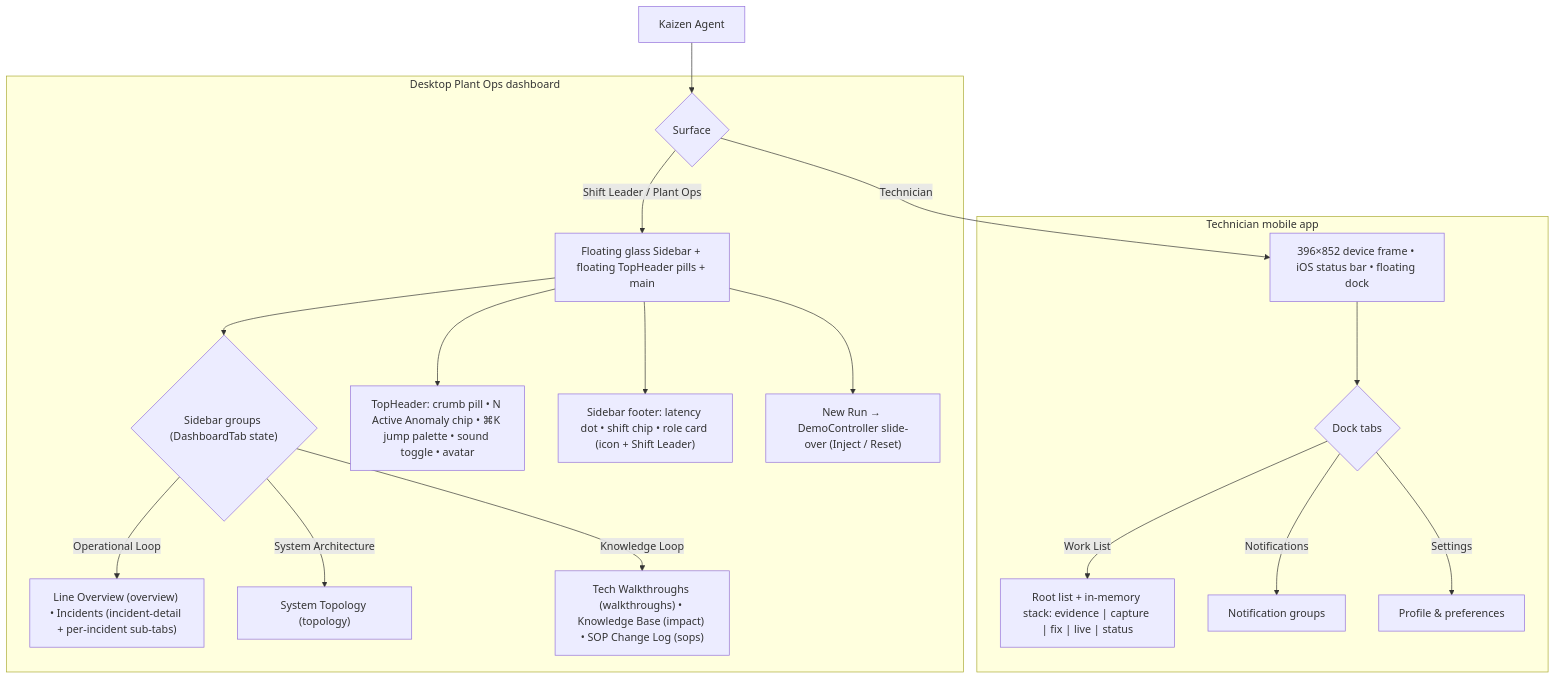
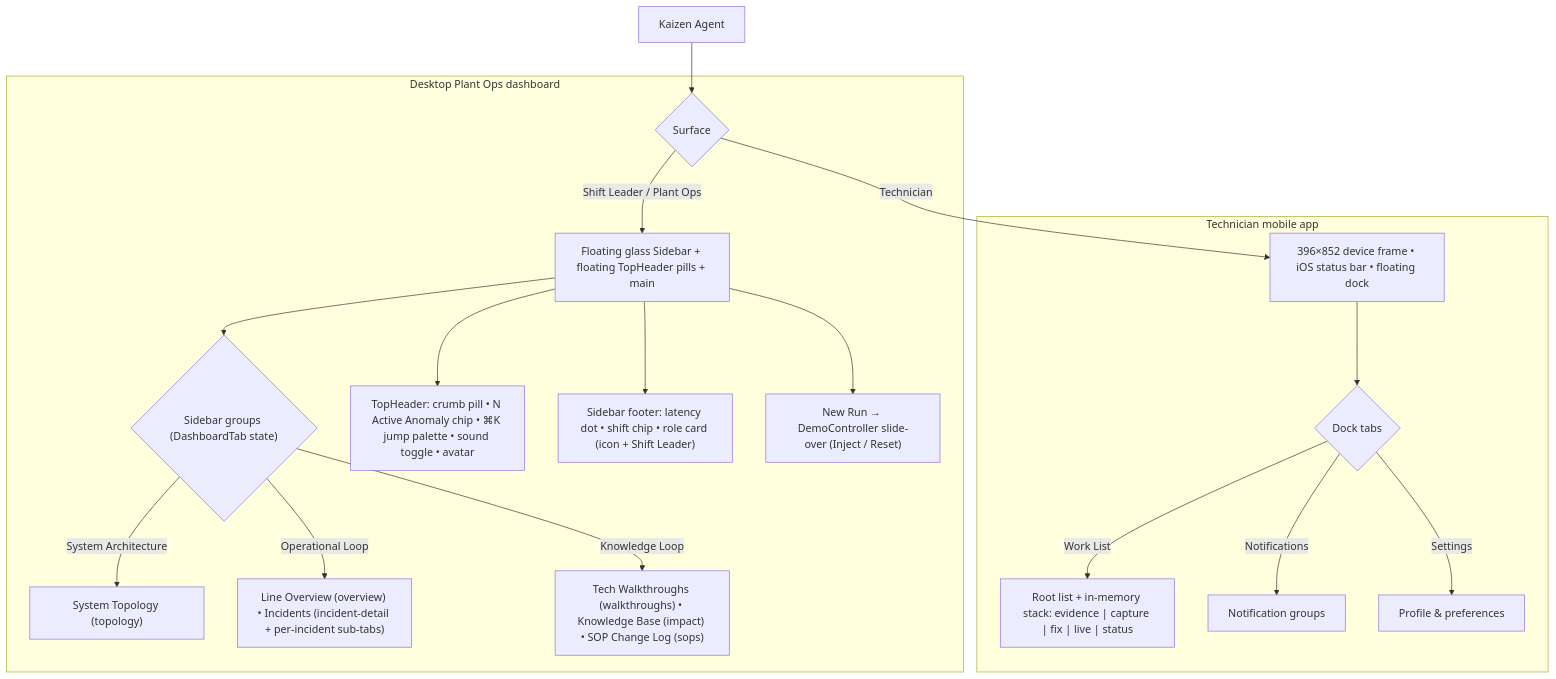
One commit to vanduc2514/hackathon-builder-cup-manufacturing-anomaly changed the diagram in docs/wireframes/00_base_layout.md. Above: the diagram before and after it, drawn with Mermaid. The commit also changed other lines of this file and 3 other files, not shown here.

Commit message:
feat(navigation): reposition System Architecture to top-most sidebar section (TKT-045)

````diff
--- a/docs/wireframes/00_base_layout.md
+++ b/docs/wireframes/00_base_layout.md
@@ -20,23 +20,23 @@
 ```mermaid
 flowchart TD
     A["Kaizen Agent"] --> B{"Surface"}
 
     subgraph Desktop ["Desktop Plant Ops dashboard"]
         B -->|"Shift Leader / Plant Ops"| C["Floating glass Sidebar + floating TopHeader pills + main"]
         C --> D{"Sidebar groups (DashboardTab state)"}
-        D -->|"Operational Loop"| D1["Line Overview (overview) • Incidents (incident-detail + per-incident sub-tabs)"]
-        D -->|"System Architecture"| D3["System Topology (topology)"]
-        D -->|"Knowledge Loop"| D2["Tech Walkthroughs (walkthroughs) • Knowledge Base (impact) • SOP Change Log (sops)"]
+        D -->|"System Architecture"| D1["System Topology (topology)"]
+        D -->|"Operational Loop"| D2["Line Overview (overview) • Incidents (incident-detail + per-incident sub-tabs)"]
+        D -->|"Knowledge Loop"| D3["Tech Walkthroughs (walkthroughs) • Knowledge Base (impact) • SOP Change Log (sops)"]
         C --> E["TopHeader: crumb pill • N Active Anomaly chip • ⌘K jump palette • sound toggle • avatar"]
         C --> F["Sidebar footer: latency dot • shift chip • role card (icon + Shift Leader)"]
         C --> G["New Run → DemoController slide-over (Inject / Reset)"]
     end
 
     subgraph Mobile ["Technician mobile app"]
         B -->|"Technician"| H["396×852 device frame • iOS status bar • floating dock"]
         H --> I{"Dock tabs"}
         I -->|"Work List"| I1["Root list + in-memory stack: evidence | capture | fix | live | status"]
         I -->|"Notifications"| I2["Notification groups"]
         I -->|"Settings"| I3["Profile & preferences"]
     end
 ```
````
